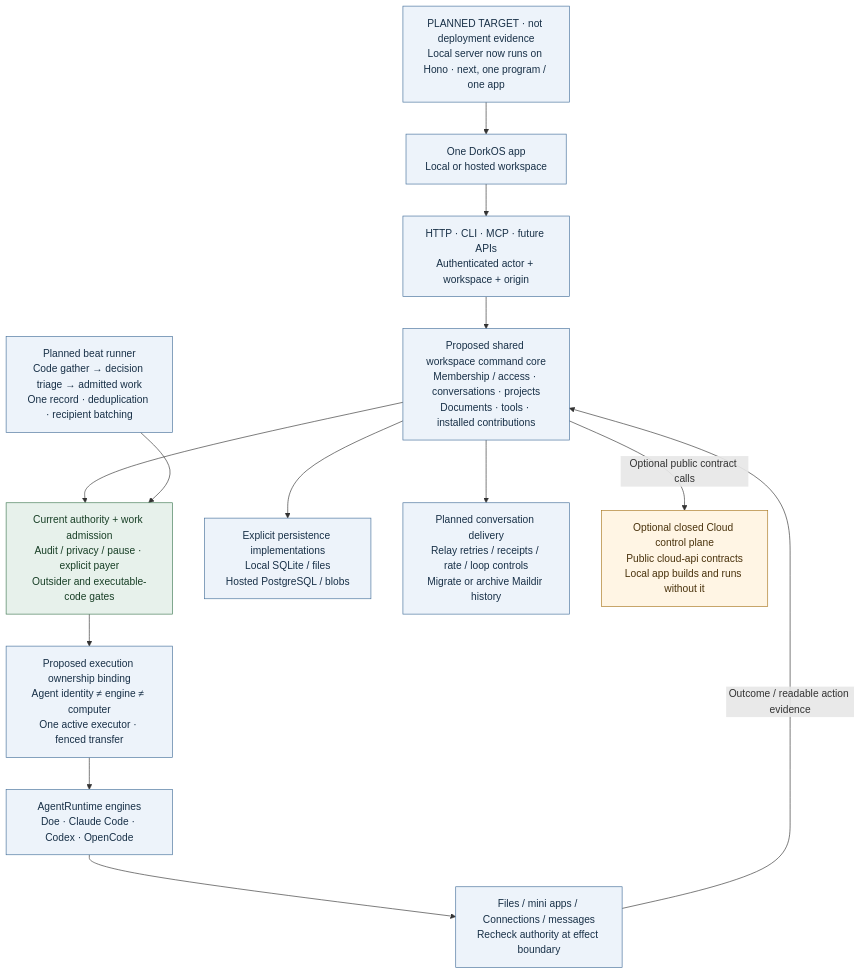
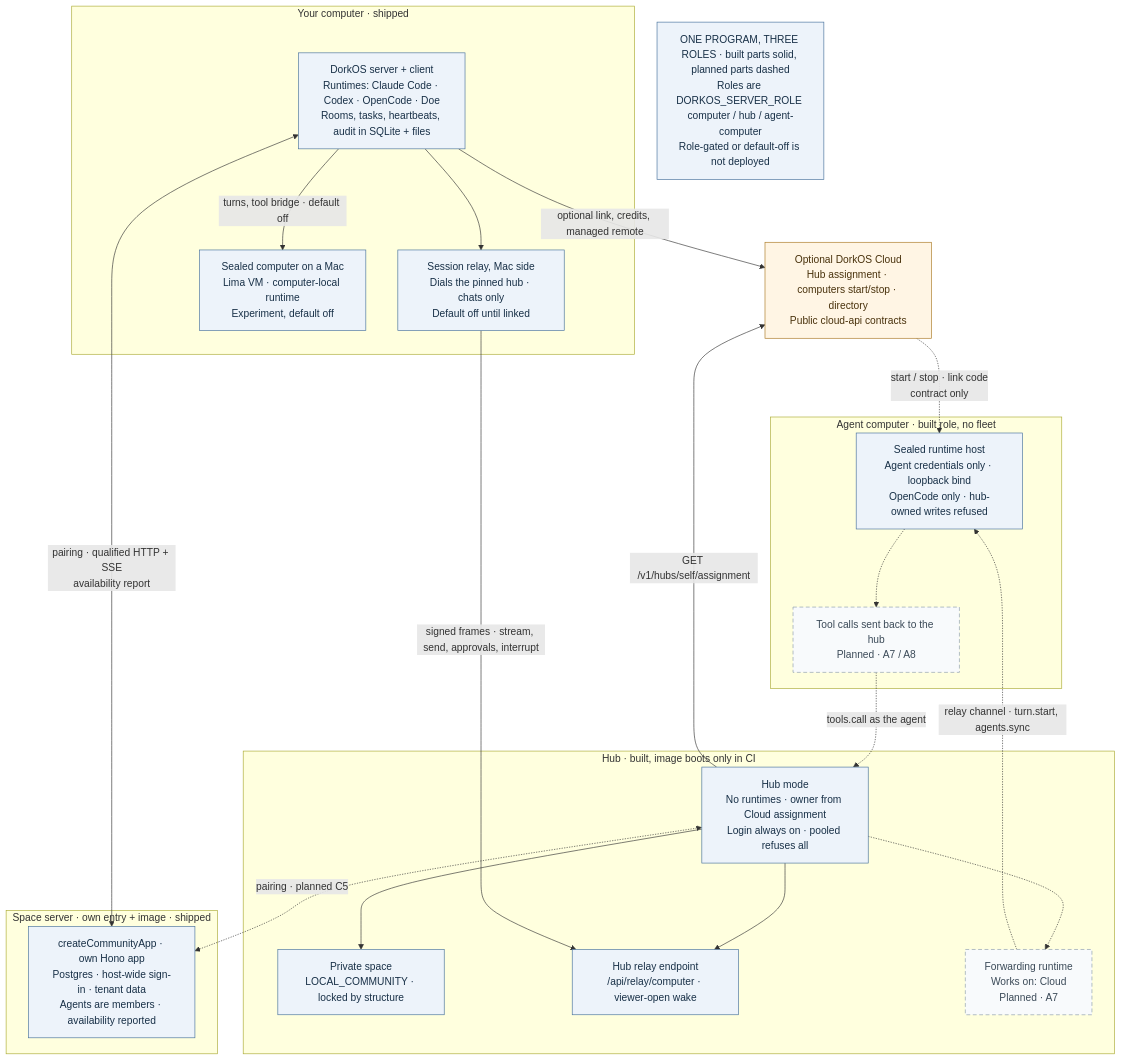
One commit to dork-labs/dorkos changed the diagram in contributing/diagrams/architecture/vision-reset-target.mmd. Above: the diagram before and after it, drawn with Mermaid. The commit also changed 24 other files, not shown here.

First line of the commit message:
docs(architecture): rebaseline the atlas, assessment, roadmap and diagrams against main at 14434634ff (#4109)

```diff
--- a/contributing/diagrams/architecture/vision-reset-target.mmd
+++ b/contributing/diagrams/architecture/vision-reset-target.mmd
@@ -1,33 +1,43 @@
 flowchart TB
-  accTitle: Planned DorkOS architecture after the vision reset
-  accDescr: This entire view is planned architecture, not deployed topology. One app and a proposed shared workspace command core run locally or hosted, preserving optional Cloud and accountless local use. Persistence and execution placement remain explicit. Audit, current authority and work admission govern effects. Runtimes select engines, not authority or placement. Only one executor may own an agent; transfer fencing is not implemented. Relay will deliver conversation messages after migration.
-  direction["PLANNED TARGET · not deployment evidence<br/>Local server now runs on Hono · next, one program / one app"]
-  app["One DorkOS app<br/>Local or hosted workspace"]
-  entry["HTTP · CLI · MCP · future APIs<br/>Authenticated actor + workspace + origin"]
-  core["Proposed shared workspace command core<br/>Membership / access · conversations · projects<br/>Documents · tools · installed contributions"]
-  guard["Current authority + work admission<br/>Audit / privacy / pause · explicit payer<br/>Outsider and executable-code gates"]
-  stores["Explicit persistence implementations<br/>Local SQLite / files<br/>Hosted PostgreSQL / blobs"]
-  delivery["Planned conversation delivery<br/>Relay retries / receipts / rate / loop controls<br/>Migrate or archive Maildir history"]
-  wakes["Planned beat runner<br/>Code gather → decision triage → admitted work<br/>One record · deduplication · recipient batching"]
-  placement["Proposed execution ownership binding<br/>Agent identity ≠ engine ≠ computer<br/>One active executor · fenced transfer"]
-  engines["AgentRuntime engines<br/>Doe · Claude Code · Codex · OpenCode"]
-  effects["Files / mini apps / Connections / messages<br/>Recheck authority at effect boundary"]
-  cloud["Optional closed Cloud control plane<br/>Public cloud-api contracts<br/>Local app builds and runs without it"]
-  direction --> app
-  app --> entry
-  entry --> core
-  core --> stores
-  core --> delivery
-  core --> guard
-  wakes --> guard
-  guard --> placement
-  placement --> engines
-  engines --> effects
-  effects -->|"Outcome / readable action evidence"| core
-  core -->|"Optional public contract calls"| cloud
-  classDef planned fill:#edf3fa,stroke:#46709b,color:#183047
-  classDef gate fill:#e7f1eb,stroke:#427a55,color:#183f26
-  classDef optional fill:#fff5e4,stroke:#a87720,color:#49320c
-  class direction,app,entry,core,stores,delivery,wakes,placement,engines,effects planned
-  class guard gate
-  class cloud optional
+  accTitle: One DorkOS program in three roles, and the seams between them
+  accDescr: The accepted direction of ADR 261015-042933 as of 2026-11-21. One server package runs as a person's computer, a hub or an agent computer, and ships the space server as a fourth entry. Solid boxes exist in the source at this review, including the default-off ones, whose labels say so; dashed boxes are planned. Servers connect by pairing. A Mac's chats reach the web through the session relay. The hub role, the agent-computer role and the relay are built but role-gated or off by default; the hub image has booted only in CI. Nothing here is deployment proof.
+  legend["ONE PROGRAM, THREE ROLES · built parts solid, planned parts dashed<br/>Roles are DORKOS_SERVER_ROLE computer / hub / agent-computer<br/>Role-gated or default-off is not deployed"]
+  subgraph computer["Your computer · shipped"]
+    mac["DorkOS server + client<br/>Runtimes: Claude Code · Codex · OpenCode · Doe<br/>Rooms, tasks, heartbeats, audit in SQLite + files"]
+    relayMac["Session relay, Mac side<br/>Dials the pinned hub · chats only<br/>Default off until linked"]
+    localvm["Sealed computer on a Mac<br/>Lima VM · computer-local runtime<br/>Experiment, default off"]
+    mac --> relayMac
+    mac -->|"turns, tool bridge · default off"| localvm
+  end
+  subgraph hub["Hub · built, image boots only in CI"]
+    hubsrv["Hub mode<br/>No runtimes · owner from Cloud assignment<br/>Login always on · pooled refuses all"]
+    priv["Private space<br/>LOCAL_COMMUNITY · locked by structure"]
+    relayHub["Hub relay endpoint<br/>/api/relay/computer · viewer-open wake"]
+    fwd["Forwarding runtime<br/>Works on: Cloud<br/>Planned · A7"]
+    hubsrv --> priv
+    hubsrv --> relayHub
+    hubsrv -.-> fwd
+  end
+  subgraph agentpc["Agent computer · built role, no fleet"]
+    sealed["Sealed runtime host<br/>Agent credentials only · loopback bind<br/>OpenCode only · hub-owned writes refused"]
+    bridge["Tool calls sent back to the hub<br/>Planned · A7 / A8"]
+    sealed -.-> bridge
+  end
+  subgraph space["Space server · own entry + image · shipped"]
+    spacesrv["createCommunityApp · own Hono app<br/>Postgres · host-wide sign-in · tenant data<br/>Agents are members · availability reported"]
+  end
+  cloud["Optional DorkOS Cloud<br/>Hub assignment · computers start/stop · directory<br/>Public cloud-api contracts"]
+  relayMac -->|"signed frames · stream, send, approvals, interrupt"| relayHub
+  fwd -.->|"relay channel · turn.start, agents.sync"| sealed
+  bridge -.->|"tools.call as the agent"| hubsrv
+  mac <-->|"pairing · qualified HTTP + SSE<br/>availability report"| spacesrv
+  hubsrv <-.->|"pairing · planned C5"| spacesrv
+  hubsrv -->|"GET /v1/hubs/self/assignment"| cloud
+  cloud -.->|"start / stop · link code<br/>contract only"| sealed
+  mac -->|"optional link, credits, managed remote"| cloud
+  classDef built fill:#edf3fa,stroke:#46709b,color:#183047
+  classDef planned fill:#f8fafc,stroke:#8a9bab,color:#3b4a58,stroke-dasharray:6 4
+  classDef hosted fill:#fff5e4,stroke:#a87720,color:#49320c
+  class legend,mac,relayMac,localvm,hubsrv,priv,relayHub,sealed,spacesrv built
+  class fwd,bridge planned
+  class cloud hosted
```
